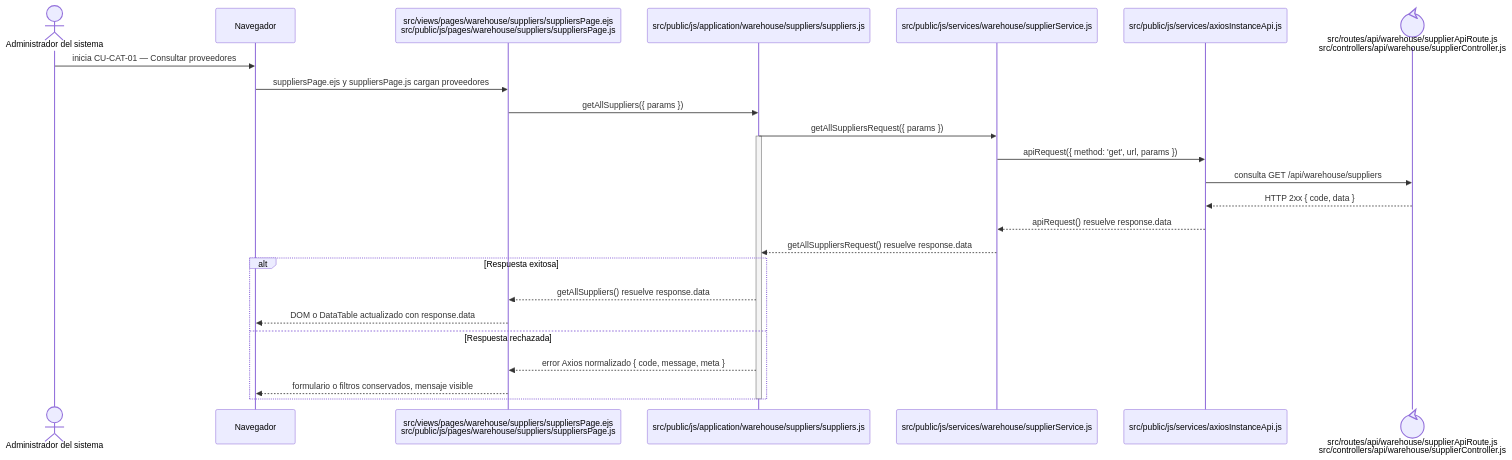
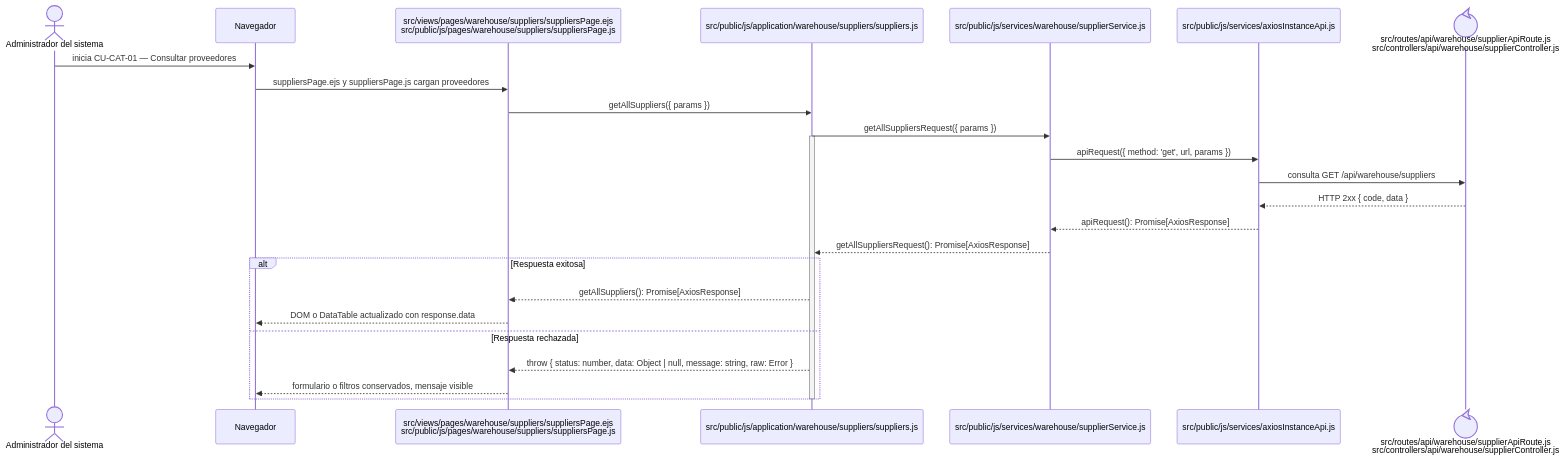
Before and after one commit to gpgsistemas01/nexus: the diagram in docs/architecture/frontend-code-sequences/catalogs/cu-cat-01.md, drawn with Mermaid. The commit also changed 146 other files, not shown here.

````diff
--- a/docs/architecture/frontend-code-sequences/catalogs/cu-cat-01.md
+++ b/docs/architecture/frontend-code-sequences/catalogs/cu-cat-01.md
@@ -6,29 +6,29 @@
 ```mermaid
 sequenceDiagram
     actor Initiator as Administrador del sistema
     participant Browser as Navegador
     participant View as src/views/pages/warehouse/suppliers/suppliersPage.ejs<br/>src/public/js/pages/warehouse/suppliers/suppliersPage.js
     participant Application as src/public/js/application/warehouse/suppliers/suppliers.js
     participant Request as src/public/js/services/warehouse/supplierService.js
     participant HTTP as src/public/js/services/axiosInstanceApi.js
     participant Transport@{ "type": "control" } as src/routes/api/warehouse/supplierApiRoute.js<br/>src/controllers/api/warehouse/supplierController.js
 
     Initiator->>Browser: inicia CU-CAT-01 — Consultar proveedores
     Browser->>View: suppliersPage.ejs y suppliersPage.js cargan proveedores
     View->>Application: getAllSuppliers({ params })
     Application->>Request: getAllSuppliersRequest({ params })
     activate Application
     Request->>HTTP: apiRequest({ method: 'get', url, params })
     HTTP->>Transport: consulta GET /api/warehouse/suppliers
     Transport-->>HTTP: HTTP 2xx { code, data }
-    HTTP-->>Request: apiRequest() resuelve response.data
-    Request-->>Application: getAllSuppliersRequest() resuelve response.data
+    HTTP-->>Request: apiRequest(): Promise[AxiosResponse]
+    Request-->>Application: getAllSuppliersRequest(): Promise[AxiosResponse]
     alt Respuesta exitosa
-        Application-->>View: getAllSuppliers() resuelve response.data
+        Application-->>View: getAllSuppliers(): Promise[AxiosResponse]
         View-->>Browser: DOM o DataTable actualizado con response.data
     else Respuesta rechazada
-        Application-->>View: error Axios normalizado { code, message, meta }
+        Application-->>View: throw { status: number, data: Object | null, message: string, raw: Error }
         View-->>Browser: formulario o filtros conservados, mensaje visible
     end
     deactivate Application
 ```
````
